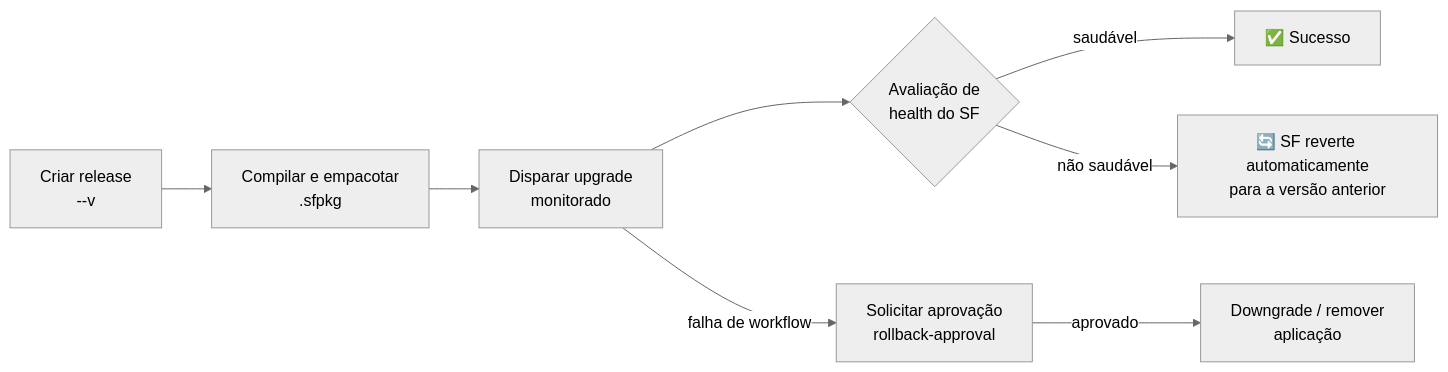
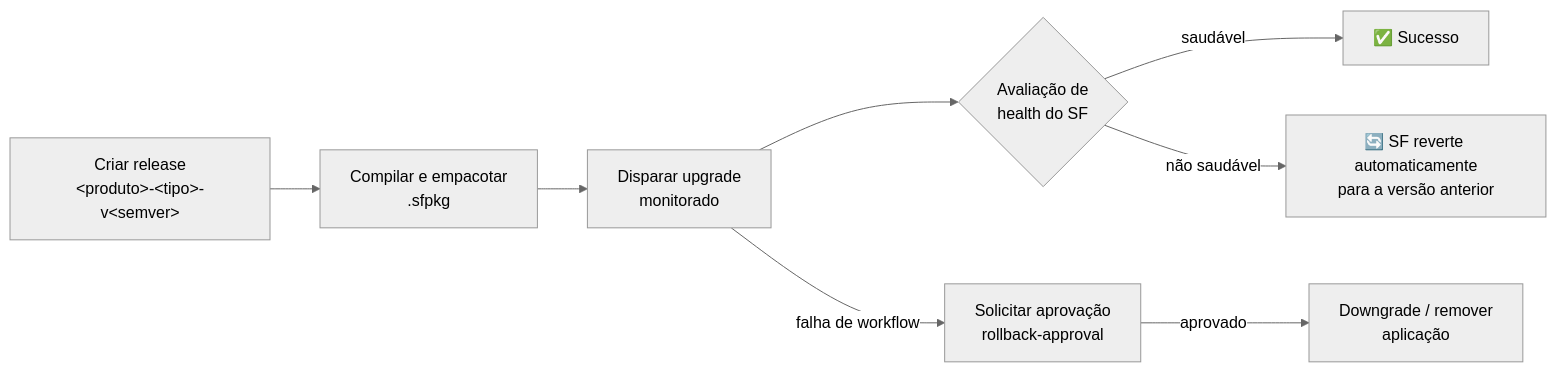
One commit to nfe/.github changed the third of 3 diagrams in docs/production-repo-conventions.md. Above: the diagram before and after it, drawn with Mermaid (neutral theme). The commit also changed other lines of this file, not shown here.

````diff
--- a/docs/production-repo-conventions.md
+++ b/docs/production-repo-conventions.md
@@ -166,10 +163,10 @@
 ```mermaid
 flowchart LR
-  A[Criar release<br/><produto>-<tipo>-v<semver>] --> B[Compilar e empacotar<br/>.sfpkg]
+  A[Criar release<br/>&lt;produto&gt;-&lt;tipo&gt;-v&lt;semver&gt;] --> B[Compilar e empacotar<br/>.sfpkg]
   B --> C[Disparar upgrade<br/>monitorado]
   C --> D{Avaliação de<br/>health do SF}
   D -->|saudável| E[✅ Sucesso]
   D -->|não saudável| F[🔄 SF reverte automaticamente<br/>para a versão anterior]
   C -->|falha de workflow| G[Solicitar aprovação<br/>rollback-approval]
   G -->|aprovado| H[Downgrade / remover<br/>aplicação]
 ```
````
